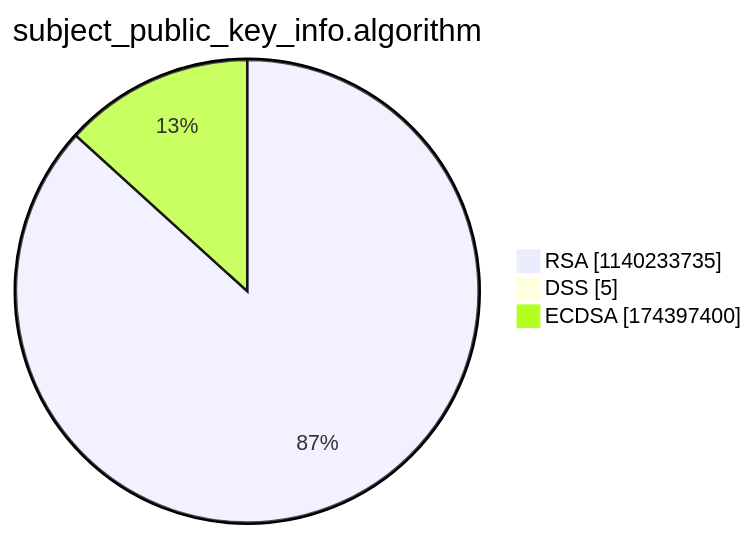
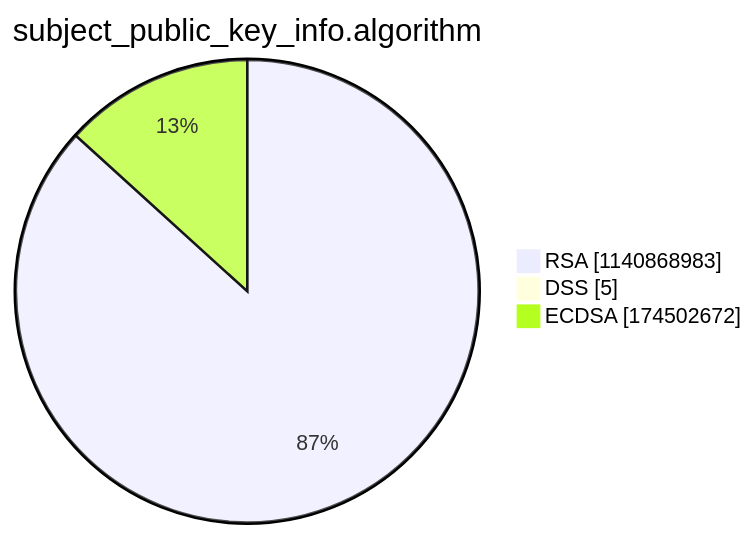
The third of 15 diagrams in argon2022/README.md (christiankrug/ctmonitor_visualization), drawn with Mermaid before and after one commit. The commit also changed other lines of this file, not shown here.

````diff
--- a/argon2022/README.md
+++ b/argon2022/README.md
@@ -14,7 +14,7 @@
 ```mermaid
 pie showData
 title subject_public_key_info.algorithm
-"RSA" :1140233735
+"RSA" :1140868983
 "DSS" :5
-"ECDSA" :174397400
+"ECDSA" :174502672
 ```
````
